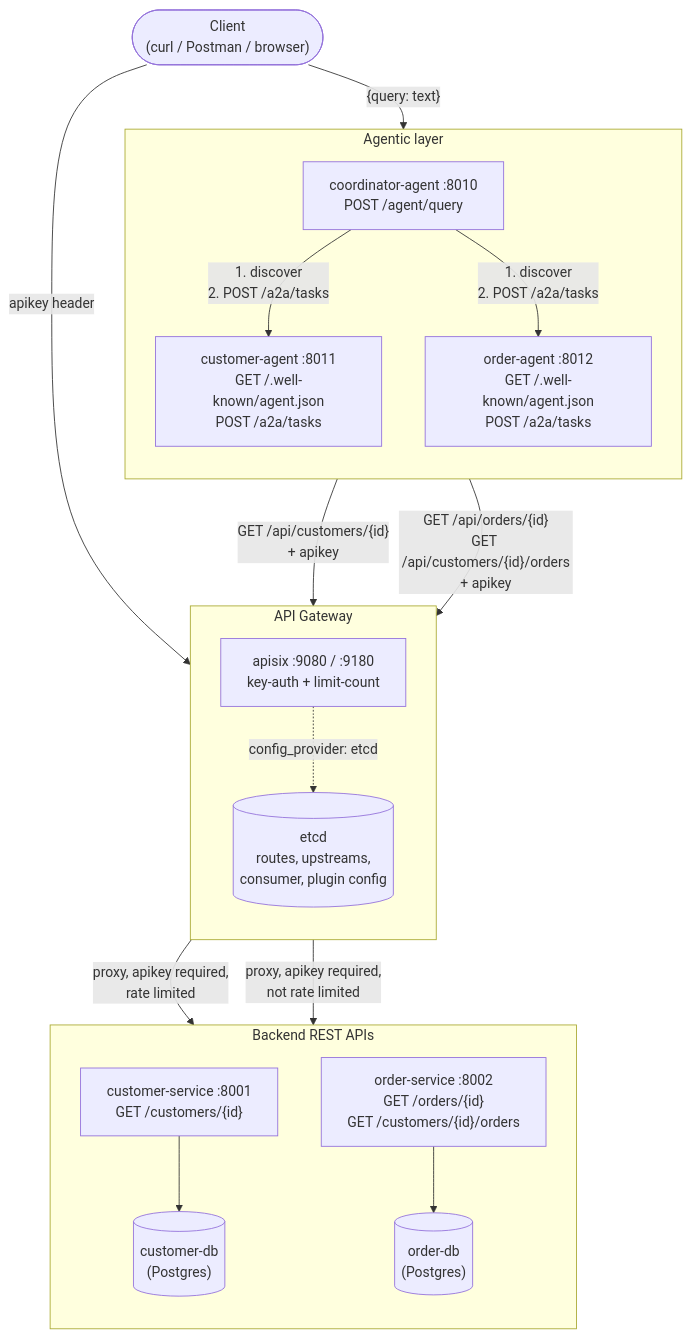
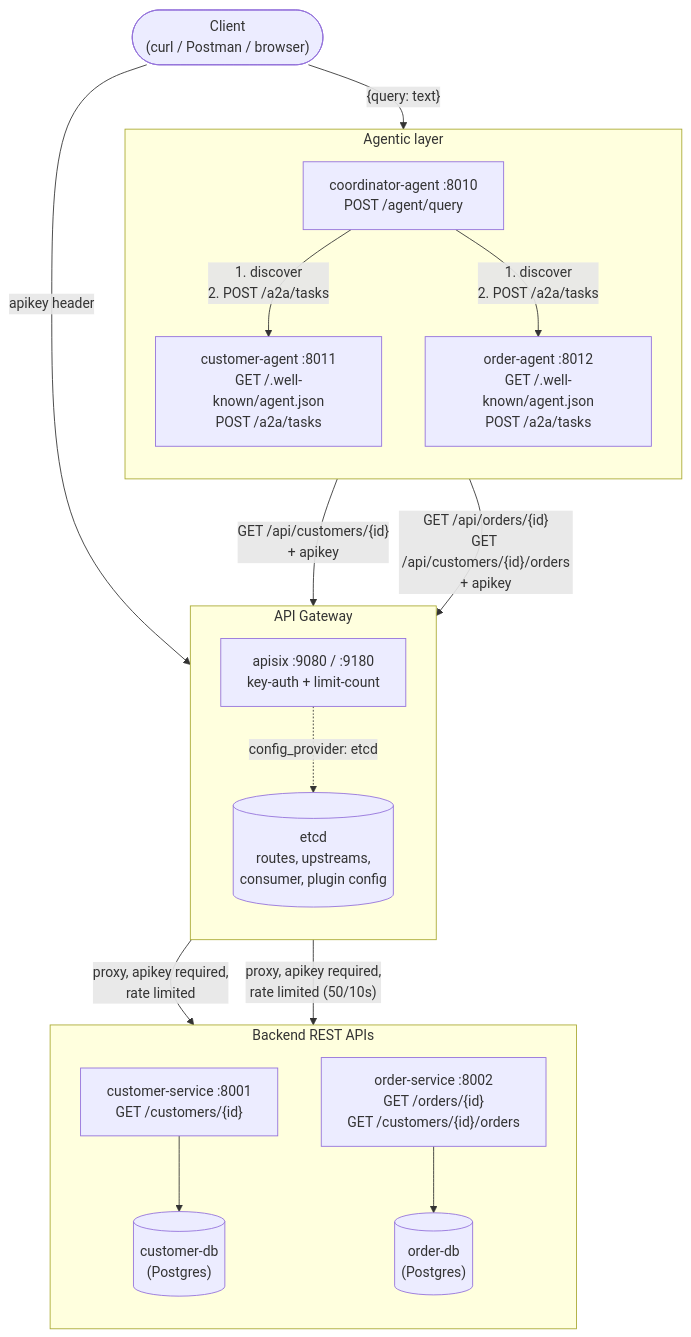
One commit to Dream65010286/API_Agents changed the first of 5 diagrams in docs/architecture.md. Above: the diagram before and after it, drawn with Mermaid. The commit also changed 6 other files, not shown here.

First line of the commit message:
docs: add OpenAPI specs and architecture diagrams, refresh README and API docs

````diff
--- a/docs/architecture.md
+++ b/docs/architecture.md
@@ -30,40 +30,40 @@
 ```mermaid
 flowchart TB
     client(["Client\n(curl / Postman / browser)"])
 
     subgraph gateway["API Gateway"]
         direction TB
         apisix["apisix :9080 / :9180\nkey-auth + limit-count"]
         etcd[("etcd\nroutes, upstreams,\nconsumer, plugin config")]
         apisix -.->|"config_provider: etcd"| etcd
     end
 
     subgraph services["Backend REST APIs"]
         direction TB
         customersvc["customer-service :8001\nGET /customers/{id}"]
         ordersvc["order-service :8002\nGET /orders/{id}\nGET /customers/{id}/orders"]
         customerdb[("customer-db\n(Postgres)")]
         orderdb[("order-db\n(Postgres)")]
         customersvc --> customerdb
         ordersvc --> orderdb
     end
 
     subgraph agents["Agentic layer"]
         direction TB
         coordinator["coordinator-agent :8010\nPOST /agent/query"]
         customeragent["customer-agent :8011\nGET /.well-known/agent.json\nPOST /a2a/tasks"]
         orderagent["order-agent :8012\nGET /.well-known/agent.json\nPOST /a2a/tasks"]
     end
 
     client -->|"apikey header"| apisix
     client -->|"{query: text}"| coordinator
 
     apisix -->|"proxy, apikey required,\nrate limited"| customersvc
-    apisix -->|"proxy, apikey required,\nnot rate limited"| ordersvc
+    apisix -->|"proxy, apikey required,\nrate limited (50/10s)"| ordersvc
 
     coordinator -->|"1. discover\n2. POST /a2a/tasks"| customeragent
     coordinator -->|"1. discover\n2. POST /a2a/tasks"| orderagent
 
     customeragent -->|"GET /api/customers/{id}\n+ apikey"| apisix
     orderagent -->|"GET /api/orders/{id}\nGET /api/customers/{id}/orders\n+ apikey"| apisix
 ```
````
